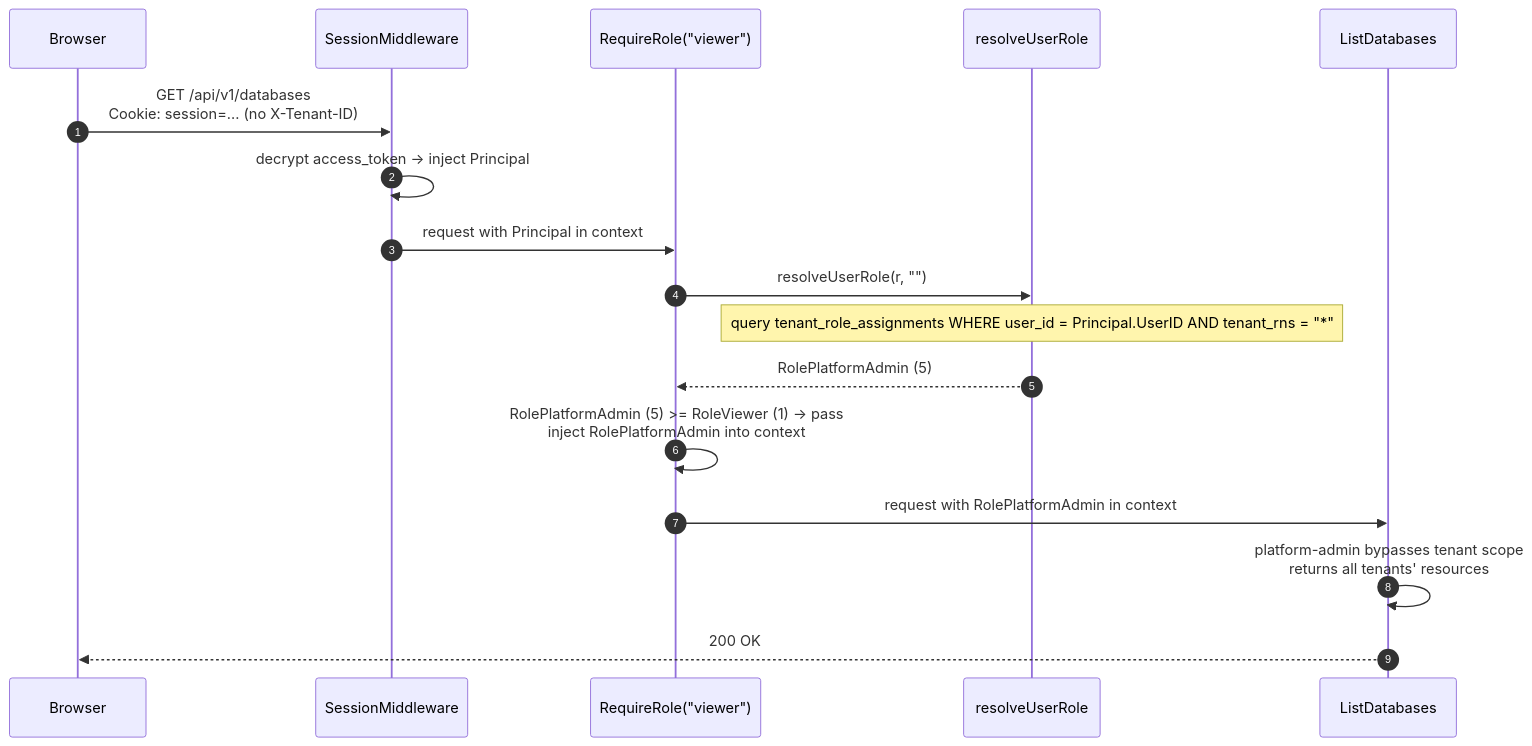
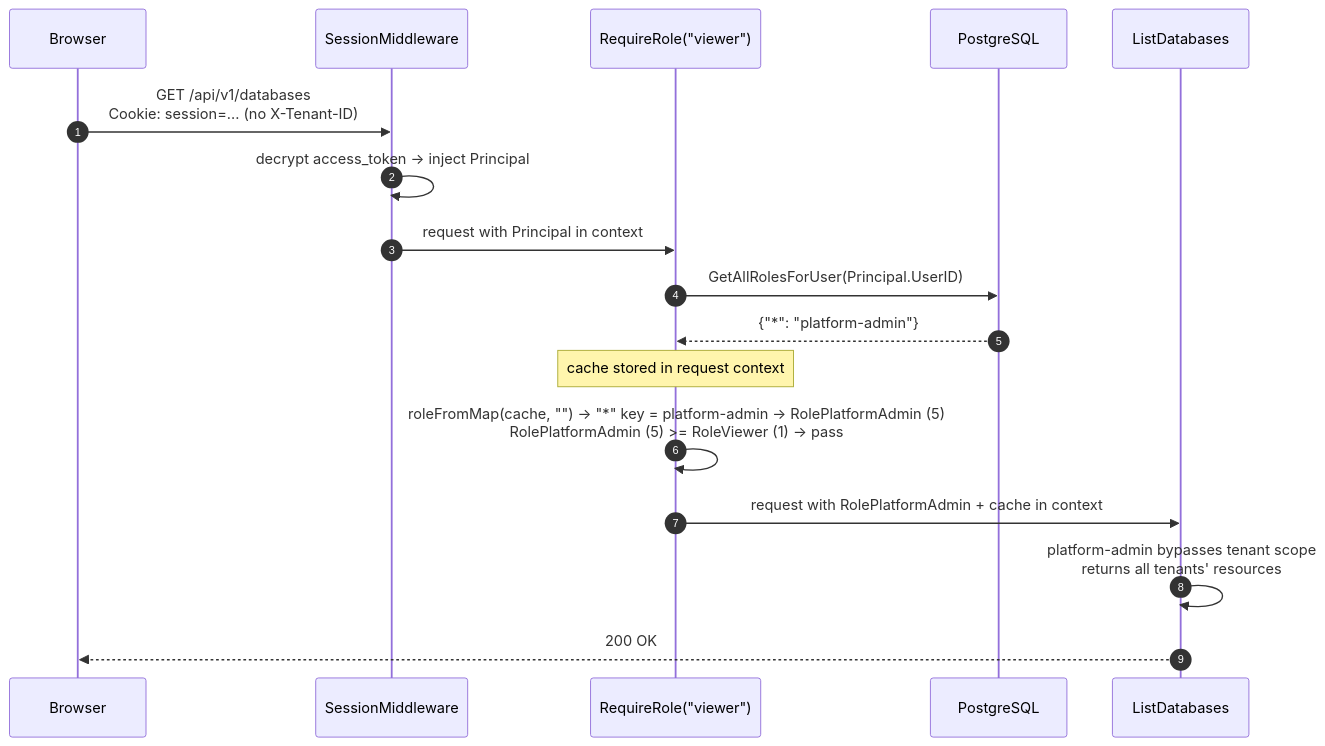
Before and after one commit to aripermana-putra/ucp-docs-collection: the fifth of 5 diagrams in docs/projects/universal-control-plane-ucp/pocs/rbac/implementation.md, drawn with Mermaid. The commit also changed other lines of this file and 1 other file, not shown here.

Commit message:
MCUCP-191: Update design doc and sequence diagrams — per-request role cache

````diff
--- a/docs/projects/universal-control-plane-ucp/pocs/rbac/implementation.md
+++ b/docs/projects/universal-control-plane-ucp/pocs/rbac/implementation.md
@@ -237,23 +272,24 @@
 ```mermaid
 sequenceDiagram
     autonumber
 
     participant Browser
     participant Session as SessionMiddleware
     participant Middleware as RequireRole("viewer")
-    participant Resolver as resolveUserRole
+    participant DB as PostgreSQL
     participant Handler as ListDatabases
 
     Browser->>Session: GET /api/v1/databases<br/>Cookie: session=... (no X-Tenant-ID)
     Session->>Session: decrypt access_token → inject Principal
     Session->>Middleware: request with Principal in context
 
-    Middleware->>Resolver: resolveUserRole(r, "")
-    Note over Resolver: query tenant_role_assignments WHERE user_id = Principal.UserID AND tenant_rns = "*"
-    Resolver-->>Middleware: RolePlatformAdmin (5)
+    Middleware->>DB: GetAllRolesForUser(Principal.UserID)
+    DB-->>Middleware: {"*": "platform-admin"}
+    Note over Middleware: cache stored in request context
 
-    Middleware->>Middleware: RolePlatformAdmin (5) >= RoleViewer (1) → pass<br/>inject RolePlatformAdmin into context
-    Middleware->>Handler: request with RolePlatformAdmin in context
+    Middleware->>Middleware: roleFromMap(cache, "") → "*" key = platform-admin → RolePlatformAdmin (5)<br/>RolePlatformAdmin (5) >= RoleViewer (1) → pass
+
+    Middleware->>Handler: request with RolePlatformAdmin + cache in context
     Handler->>Handler: platform-admin bypasses tenant scope<br/>returns all tenants' resources
     Handler-->>Browser: 200 OK
 ```
````
